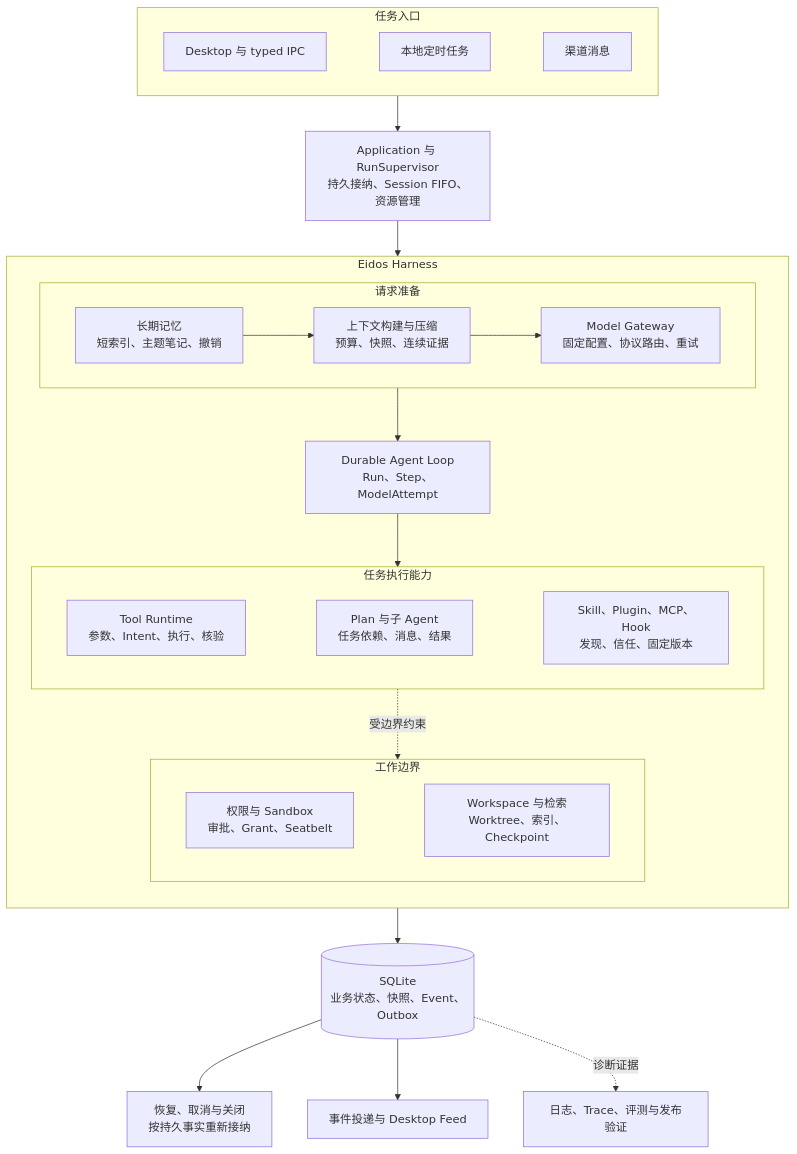
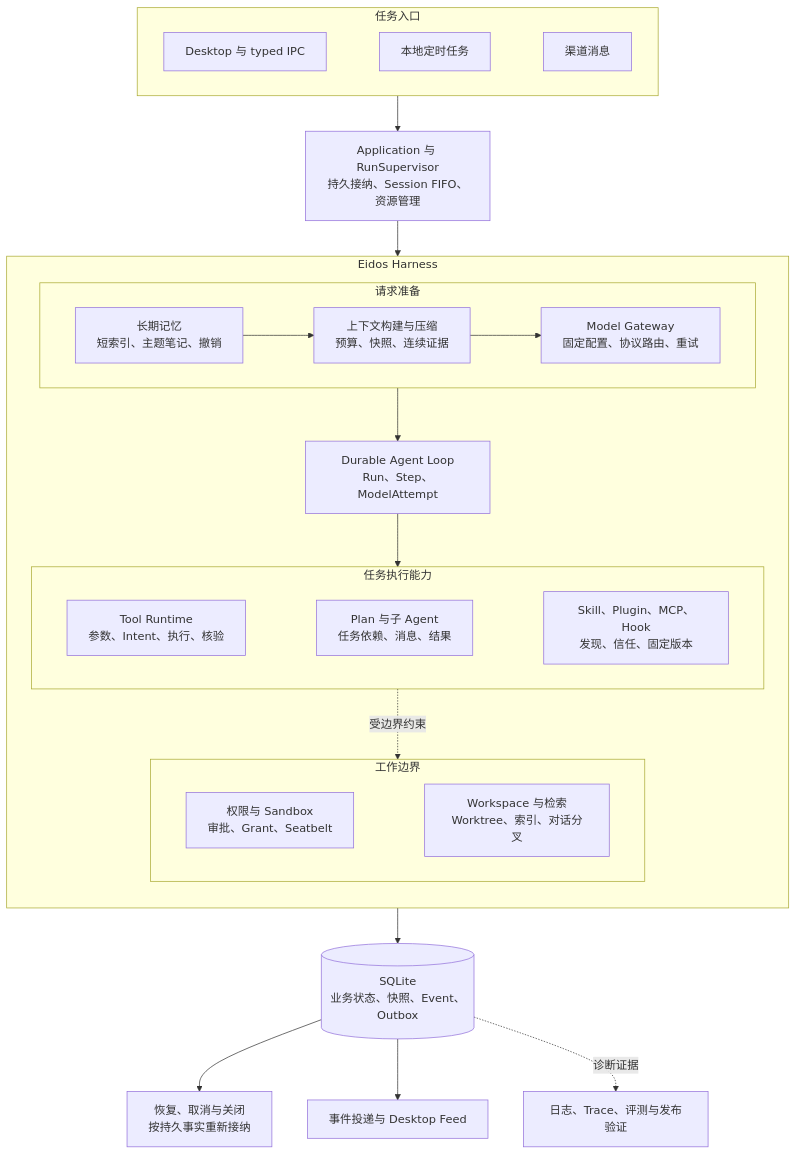
One commit to idy534/Eidos changed the diagram in docs/architecture/diagrams/01-harness.mmd. Above: the diagram before and after it, drawn with Mermaid. The commit also changed 18 other files, not shown here.

```diff
--- a/docs/architecture/diagrams/01-harness.mmd
+++ b/docs/architecture/diagrams/01-harness.mmd
@@ -1,41 +1,41 @@
 flowchart TB
   subgraph entry[任务入口]
     direction LR
     desktop[Desktop 与 typed IPC]
     timer[本地定时任务]
     channel[渠道消息]
     desktop ~~~ timer ~~~ channel
   end
   admission[Application 与 RunSupervisor<br/>持久接纳、Session FIFO、资源管理]
   entry --> admission
   subgraph harness[Eidos Harness]
     direction TB
     subgraph request[请求准备]
       direction LR
       memory[长期记忆<br/>短索引、主题笔记、撤销]
       context[上下文构建与压缩<br/>预算、快照、连续证据]
       model[Model Gateway<br/>固定配置、协议路由、重试]
       memory --> context --> model
     end
     loop[Durable Agent Loop<br/>Run、Step、ModelAttempt]
     subgraph action[任务执行能力]
       direction LR
       tools[Tool Runtime<br/>参数、Intent、执行、核验]
       agents[Plan 与子 Agent<br/>任务依赖、消息、结果]
       extensions[Skill、Plugin、MCP、Hook<br/>发现、信任、固定版本]
       tools ~~~ agents ~~~ extensions
     end
     subgraph bounds[工作边界]
       direction LR
       permission[权限与 Sandbox<br/>审批、Grant、Seatbelt]
-      workspace[Workspace 与检索<br/>Worktree、索引、Checkpoint]
+      workspace[Workspace 与检索<br/>Worktree、索引、对话分叉]
       permission ~~~ workspace
     end
     request --> loop --> action
     action -.受边界约束.-> bounds
   end
   admission --> harness
   harness --> db[(SQLite<br/>业务状态、快照、Event、Outbox)]
   db --> recovery[恢复、取消与关闭<br/>按持久事实重新接纳]
   db --> delivery[事件投递与 Desktop Feed]
   db -.诊断证据.-> quality[日志、Trace、评测与发布验证]
```
